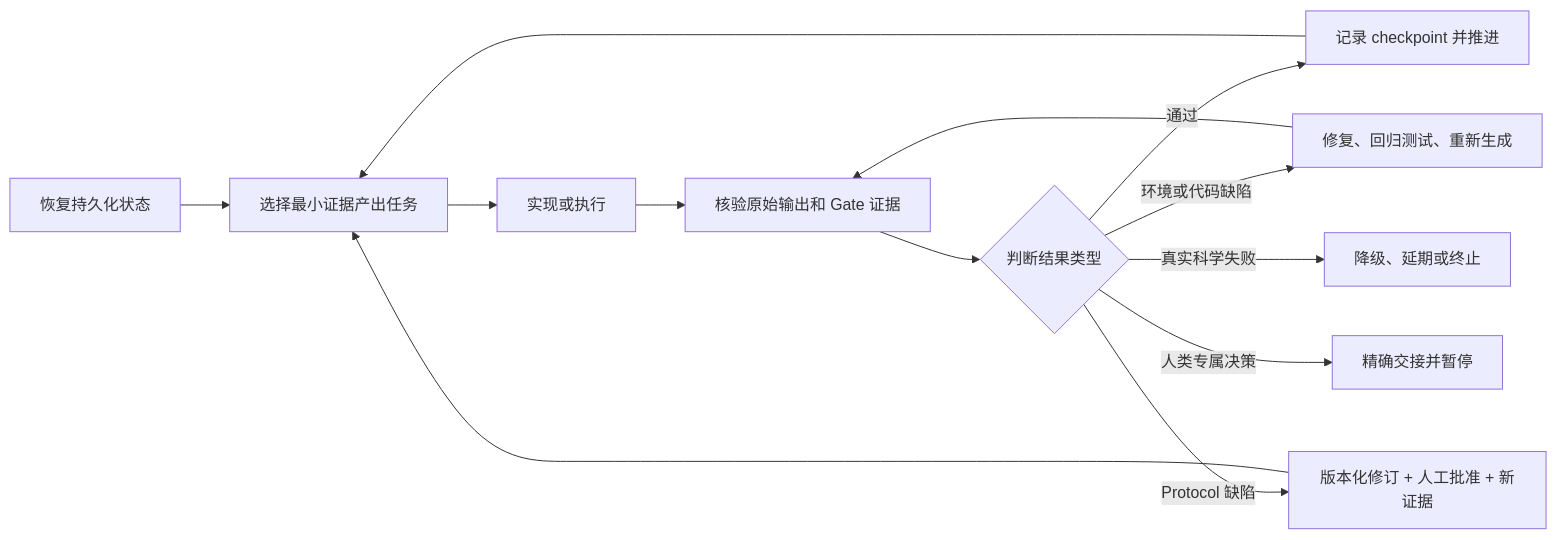
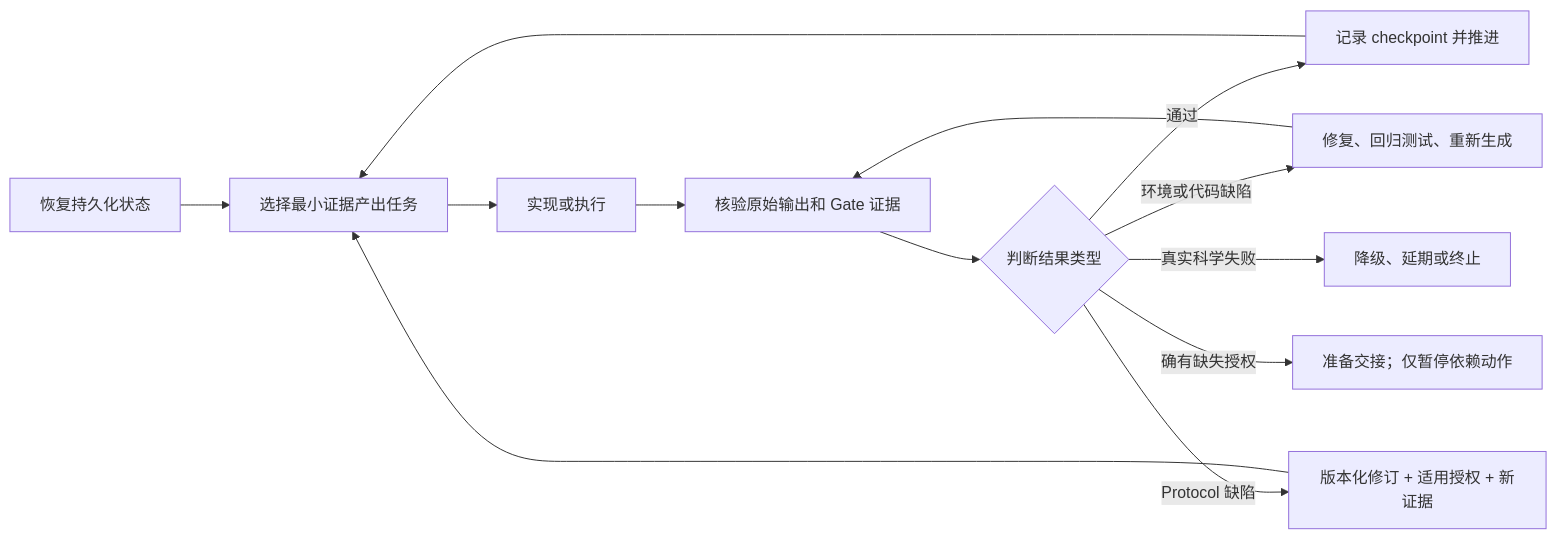
The diagram in README.zh-CN.md (bsq415/research-rigor-skill), drawn with Mermaid before and after one commit. The commit also changed other lines of this file and 22 other files, not shown here.

````diff
--- a/README.zh-CN.md
+++ b/README.zh-CN.md
@@ -85,15 +100,15 @@
 ```mermaid
 flowchart LR
     A["恢复持久化状态"] --> B["选择最小证据产出任务"]
     B --> C["实现或执行"]
     C --> D["核验原始输出和 Gate 证据"]
     D --> E{"判断结果类型"}
     E -->|"通过"| F["记录 checkpoint 并推进"]
     F --> B
     E -->|"环境或代码缺陷"| G["修复、回归测试、重新生成"]
     G --> D
-    E -->|"Protocol 缺陷"| H["版本化修订 + 人工批准 + 新证据"]
+    E -->|"Protocol 缺陷"| H["版本化修订 + 适用授权 + 新证据"]
     H --> B
     E -->|"真实科学失败"| I["降级、延期或终止"]
-    E -->|"人类专属决策"| J["精确交接并暂停"]
+    E -->|"确有缺失授权"| J["准备交接；仅暂停依赖动作"]
 ```
````
